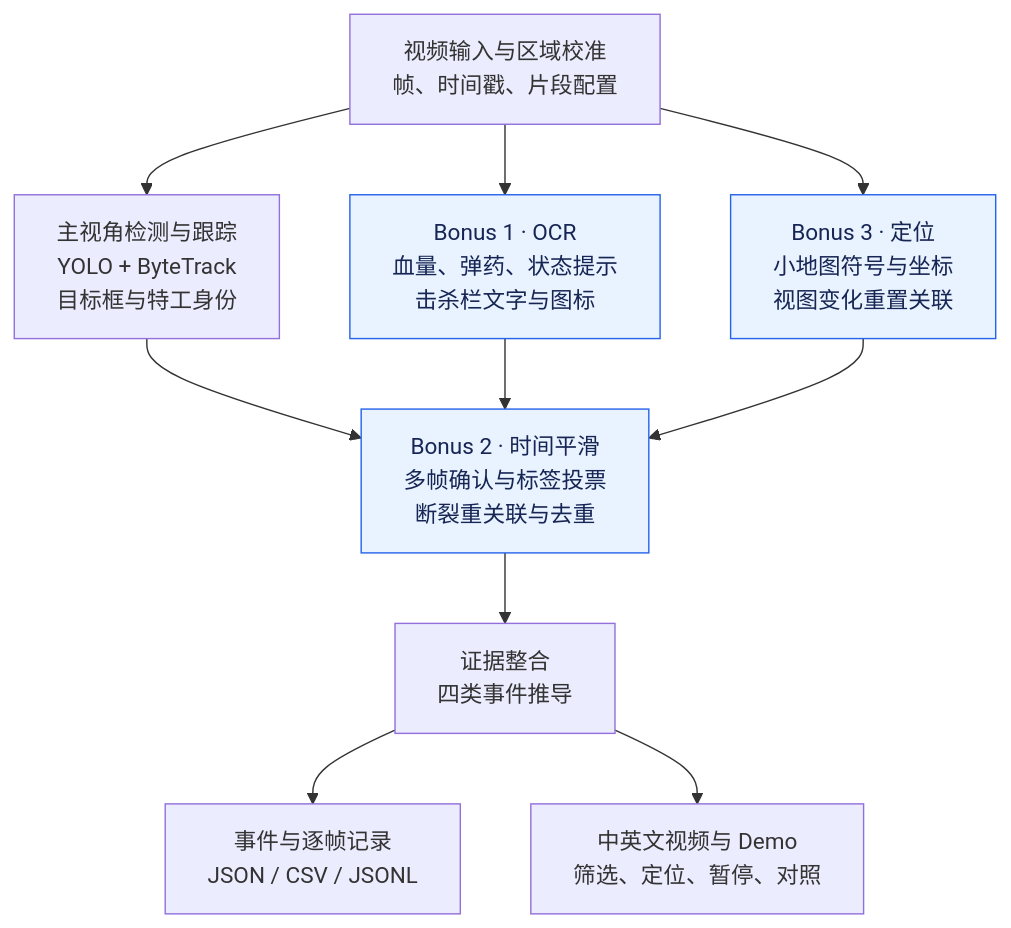
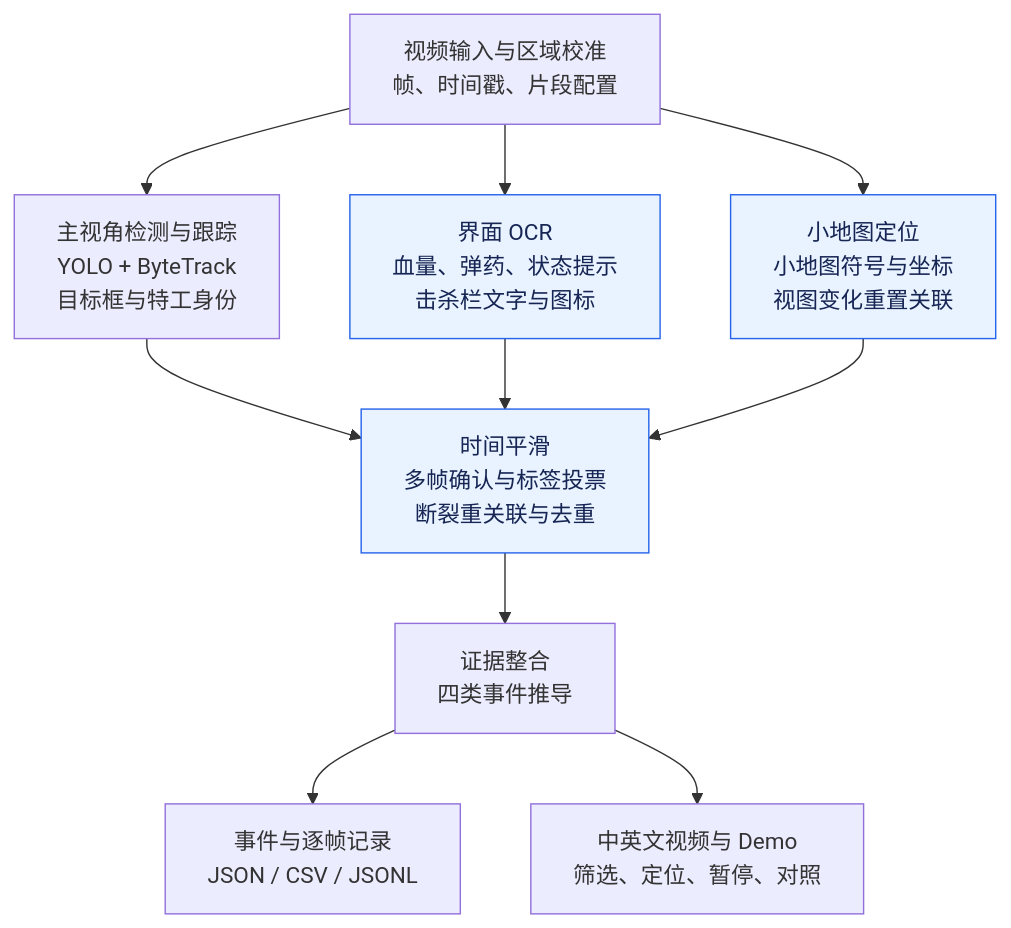
The diagram in README_zh.md (Xuyw041006-arch/valorant-detect), drawn with Mermaid before and after one commit. The commit also changed other lines of this file and 6 other files, not shown here.

````diff
--- a/README_zh.md
+++ b/README_zh.md
@@ -15,14 +15,14 @@
 ```mermaid
 flowchart TD
     A["视频输入与区域校准<br/>帧、时间戳、片段配置"] --> B["主视角检测与跟踪<br/>YOLO + ByteTrack<br/>目标框与特工身份"]
-    A --> C["Bonus 1 · OCR<br/>血量、弹药、状态提示<br/>击杀栏文字与图标"]
-    A --> D["Bonus 3 · 定位<br/>小地图符号与坐标<br/>视图变化重置关联"]
-    B --> E["Bonus 2 · 时间平滑<br/>多帧确认与标签投票<br/>断裂重关联与去重"]
+    A --> C["界面 OCR<br/>血量、弹药、状态提示<br/>击杀栏文字与图标"]
+    A --> D["小地图定位<br/>小地图符号与坐标<br/>视图变化重置关联"]
+    B --> E["时间平滑<br/>多帧确认与标签投票<br/>断裂重关联与去重"]
     C --> E
     D --> E
     E --> F["证据整合<br/>四类事件推导"]
     F --> G["事件与逐帧记录<br/>JSON / CSV / JSONL"]
     F --> H["中英文视频与 Demo<br/>筛选、定位、暂停、对照"]
-    classDef bonus fill:#e8f3ff,stroke:#2563eb,color:#172554;
-    class C,D,E bonus;
+    classDef processing fill:#e8f3ff,stroke:#2563eb,color:#172554;
+    class C,D,E processing;
 ```
````
